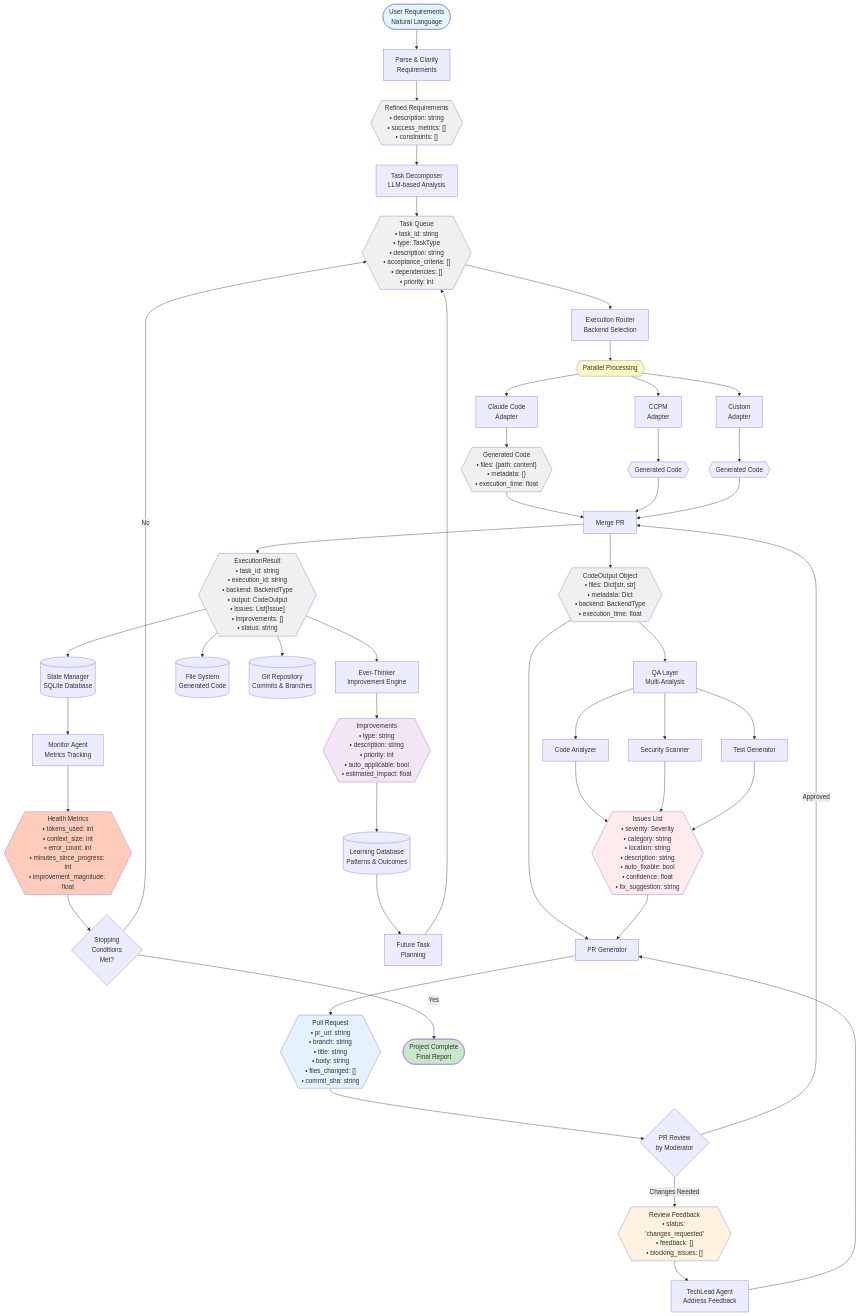
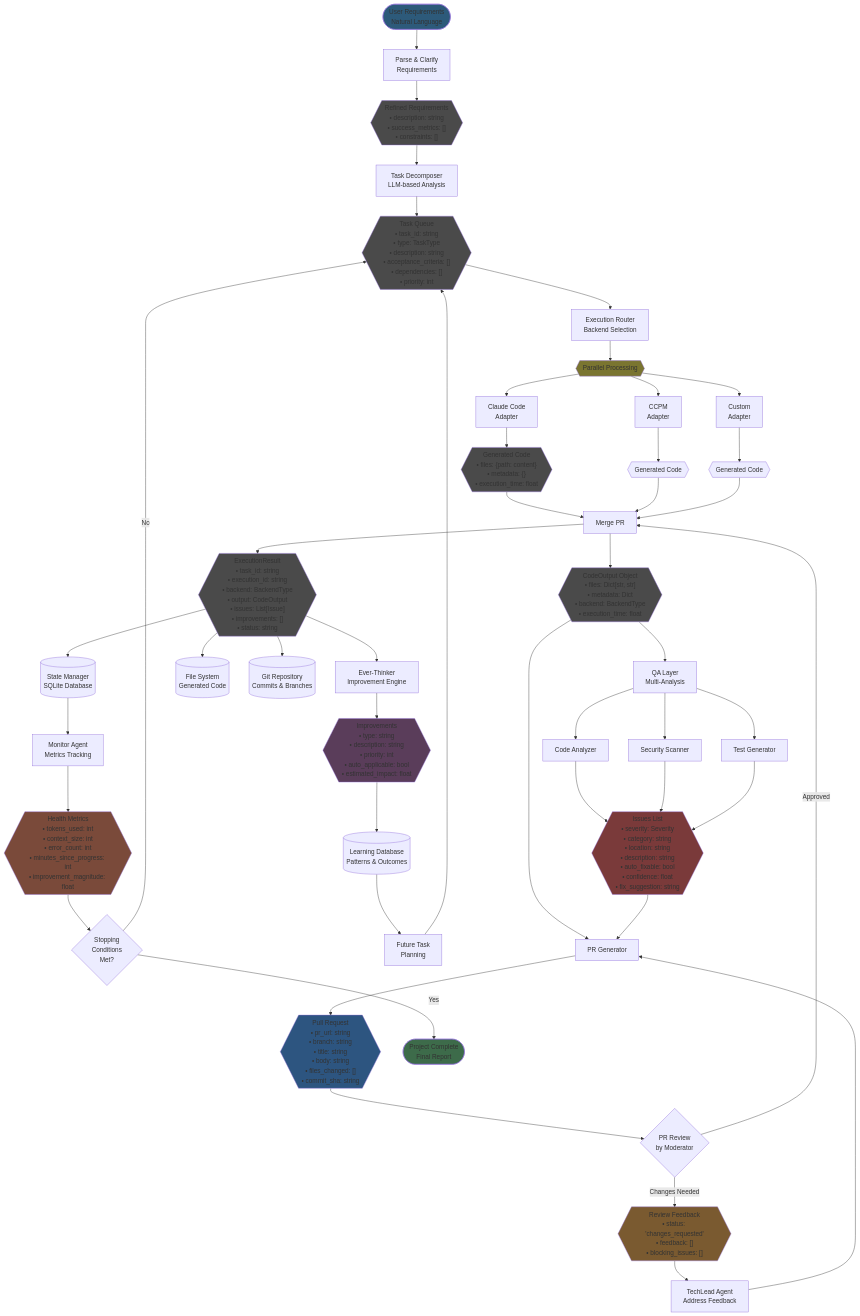
Before and after one commit to thamam/moderator: the diagram in docs/diagrams/data-flow-architecture.md, drawn with Mermaid. The commit also changed 11 other files, not shown here.

Commit message:
chagned diagrams colors

````diff
--- a/docs/diagrams/data-flow-architecture.md
+++ b/docs/diagrams/data-flow-architecture.md
@@ -82,17 +82,17 @@
     Decision -->|No| TaskQueue
     Decision -->|Yes| Complete([Project Complete<br/>Final Report])
 
-    style Start fill:#e1f5ff
-    style Complete fill:#c8e6c9
-    style Parallel fill:#fff9c4
-    style ReqData fill:#f0f0f0
-    style TaskQueue fill:#f0f0f0
-    style Code1 fill:#f0f0f0
-    style CodeOutput fill:#f0f0f0
-    style Issues fill:#ffebee
-    style PR fill:#e3f2fd
-    style Feedback fill:#fff3e0
-    style Result fill:#f0f0f0
-    style Improvements fill:#f3e5f5
-    style Health fill:#ffccbc
+    style Start fill:#2d5a7a
+    style Complete fill:#3d6b4a
+    style Parallel fill:#7a7530
+    style ReqData fill:#4a4a4a
+    style TaskQueue fill:#4a4a4a
+    style Code1 fill:#4a4a4a
+    style CodeOutput fill:#4a4a4a
+    style Issues fill:#7a3a3a
+    style PR fill:#2d5580
+    style Feedback fill:#7a5a30
+    style Result fill:#4a4a4a
+    style Improvements fill:#5a3d5a
+    style Health fill:#7a4a3a
 ```
````
